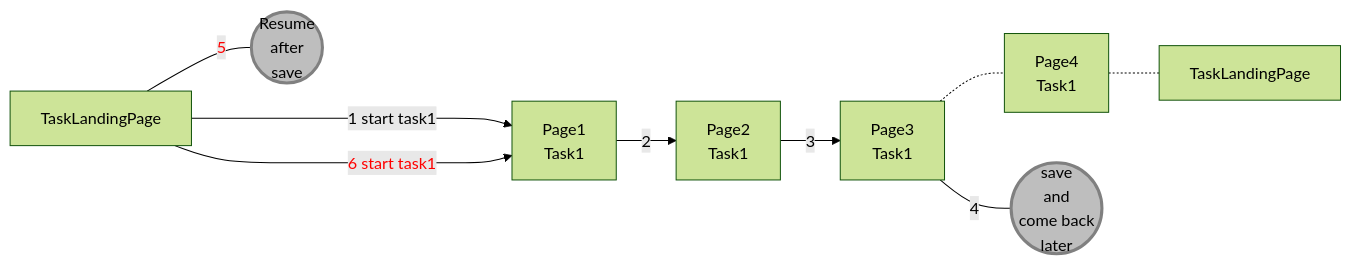
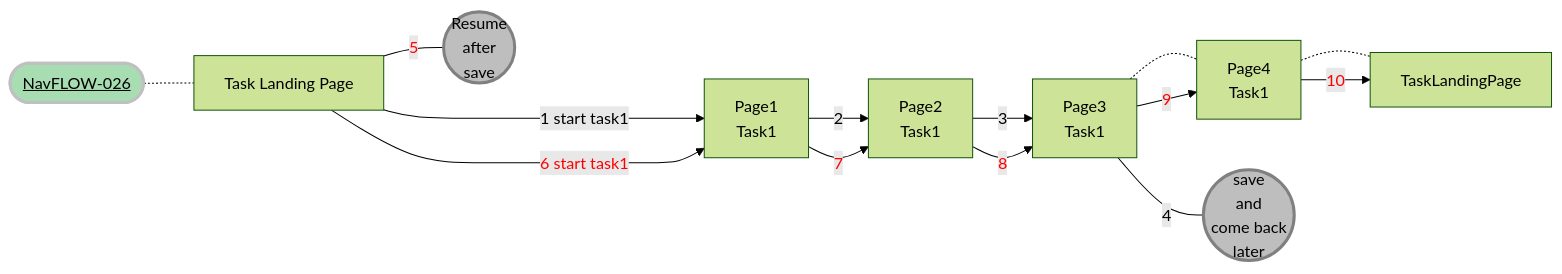
Before and after one commit to hmrc/gform-frontend: diagram 26 of 30 in Navigation.md, drawn with Mermaid. The commit also changed other lines of this file and 1 other file, not shown here.

Commit message:
GFORMS-2063: Fix fast forward issues identified in task list

````diff
--- a/Navigation.md
+++ b/Navigation.md
@@ -845,26 +845,31 @@
 ```mermaid
 %%{init: {'theme': 'forest', "flowchart" : { "curve" : "basis" } } }%%
 graph LR;
 
+    title([<u>NavFLOW-026</u>])
+    title -.- TaskLandingPage["Task Landing Page"]
     TaskLandingPage ----> |1 start task1| Task1Page1["Page1</br>Task1"]
     Task1Page1 --> |2| Task1Page2["Page2</br>Task1"]
     Task1Page2 --> |3| Task1Page3["Page3</br>Task1"]
     Task1Page3 -.- Task1Page4["Page4</br> Task1"]
     Task1Page3 --- |4| Save(("save <br>and <br>come back<br> later"))
     Task1Page4 -.- TaskLandingPageFinal["TaskLandingPage"]
     TaskLandingPage ----> |<font color='red'>6 start task1 </font>| Task1Page1
     TaskLandingPage --- |<font color='red'>5</font>| Resume(("Resume<br>after<br>save"))
-
+    Task1Page1 --> |<font color='red'>7</font>|Task1Page2
+    Task1Page2 --> |<font color='red'>8</font>|Task1Page3
+    Task1Page3 -->|<font color='red'>9</font>| Task1Page4
+    Task1Page4 --> |<font color='red'>10</font>| TaskLandingPageFinal
     classDef orange fill:#fedebe,stroke:#222,stroke-width:1px
     classDef orangeCYA fill:#ffaf42,stroke:#222,stroke-width:2px
     classDef valid fill:#1f6200,stroke:#222,stroke-width:3px
     classDef invalid fill:#ee6b6e,stroke:#222,stroke-width:3px
 
     classDef greenTitle fill:#a8ddb1 ,stroke:#c0c0c2,stroke-width:3px
     classDef redTitle fill:#c21807 ,stroke:#c0c0c2,stroke-width:3px
     classDef saveForLater fill:#bebebe, stroke:#808080,stroke-width:3px
     class title greenTitle
     class Save saveForLater
     class Resume saveForLater
 
 ```
````
